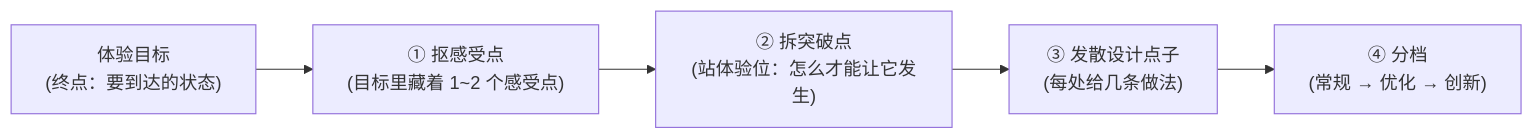
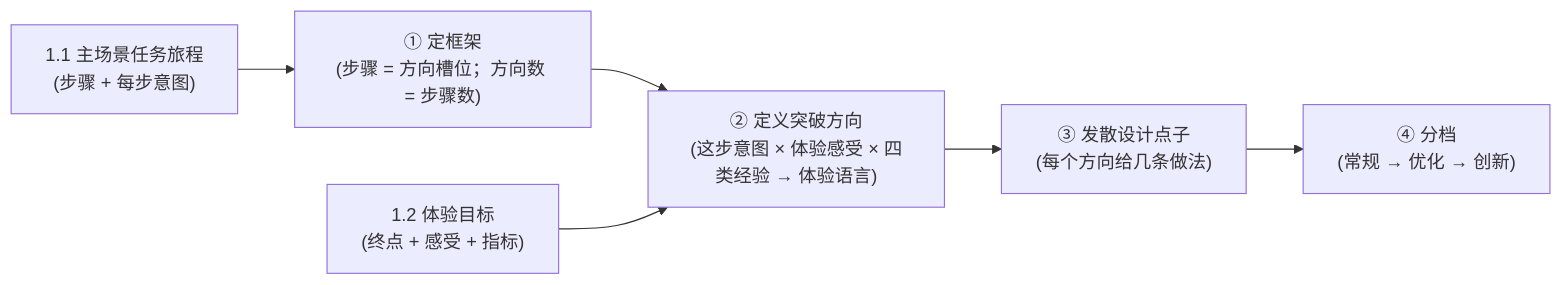
The diagram in 01-system-solution-design/①需求理解与分析/1.3-体验突破点拆解.md (wangjue2026/skill-designer-prism), drawn with Mermaid before and after one commit. The commit also changed other lines of this file and 29 other files, not shown here.

Commit message:
重构 1.4 草图为四层剧本结构并新增可视化门禁

````diff
--- a/01-system-solution-design/①需求理解与分析/1.3-体验突破点拆解.md
+++ b/01-system-solution-design/①需求理解与分析/1.3-体验突破点拆解.md
@@ -36,7 +39,8 @@
 ```mermaid
 graph LR
-    G["体验目标<br>(终点：要到达的状态)"] --> F["① 抠感受点<br>(目标里藏着 1~2 个感受点)"]
-    F --> B["② 拆突破点<br>(站体验位：怎么才能让它发生)"]
-    B --> I["③ 发散设计点子<br>(每处给几条做法)"]
+    J["1.1 主场景任务旅程<br>(步骤 + 每步意图)"] --> K["① 定框架<br>(步骤 = 方向槽位；方向数 = 步骤数)"]
+    K --> D["② 定义突破方向<br>(这步意图 × 体验感受 × 四类经验 → 体验语言)"]
+    G["1.2 体验目标<br>(终点 + 感受 + 指标)"] --> D
+    D --> I["③ 发散设计点子<br>(每个方向给几条做法)"]
     I --> T["④ 分档<br>(常规 → 优化 → 创新)"]
 ```
````
